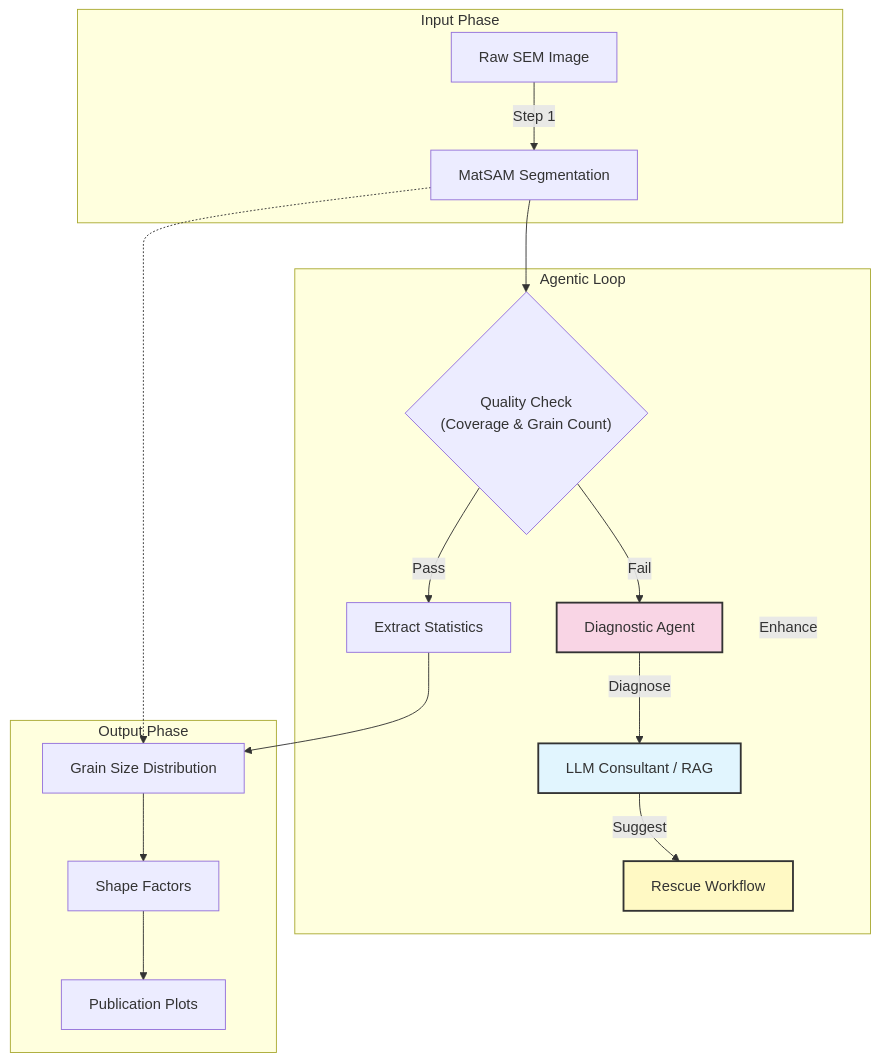
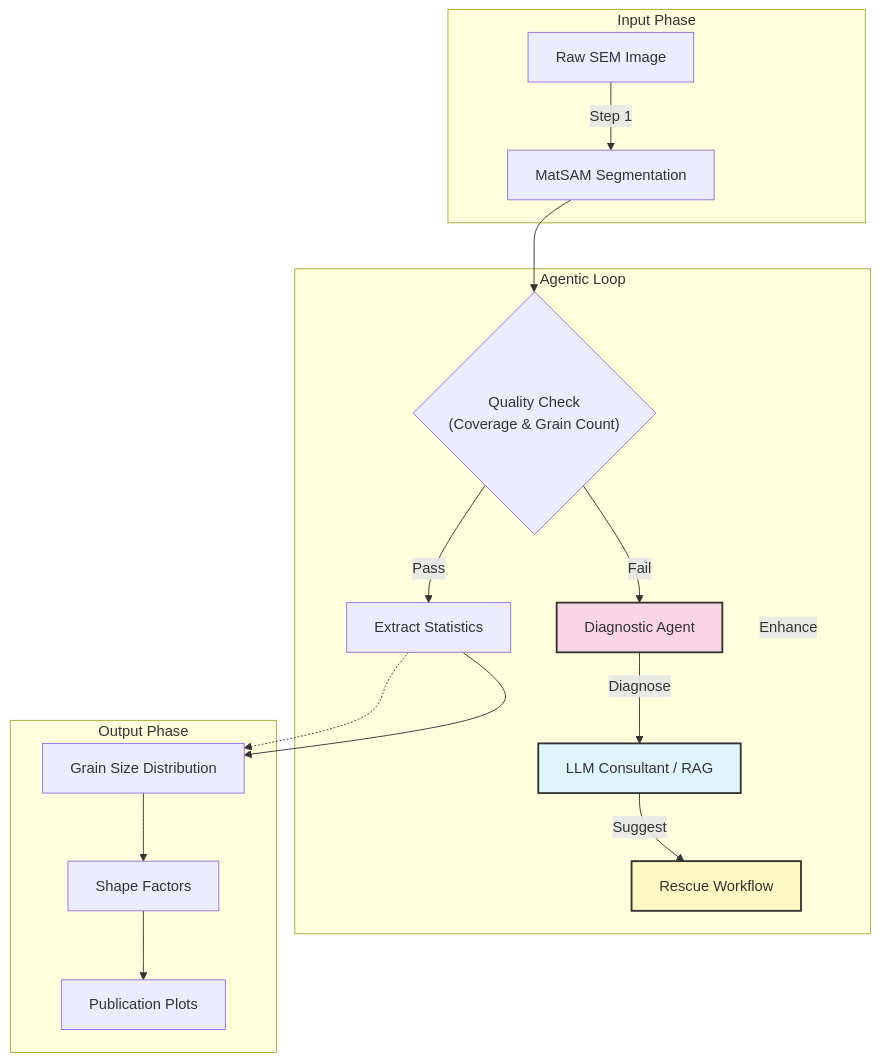
Before and after one commit to AliBaghizadeh/sem-image--agent-segmentation: the diagram in README.md, drawn with Mermaid.

Commit message:
change mermaid graph

````diff
--- a/README.md
+++ b/README.md
@@ -102,29 +102,32 @@
 ```mermaid
 graph TD
     subgraph "Input Phase"
     A[Raw SEM Image] -->|Step 1| B[MatSAM Segmentation]
     end
 
     subgraph "Agentic Loop"
     B --> C{"Quality Check<br/>(Coverage & Grain Count)"}
     C -->|Pass| D[Extract Statistics]
     C -->|Fail| E[Diagnostic Agent]
     E -->|Diagnose| F[LLM Consultant / RAG]
     F -->|Suggest| G[Rescue Workflow]
     G -->|Enhance| B
     end
 
-    %% Invisible alignment helper
-    B -.-> H
+    %% Invisible vertical alignment helper (correct anchor)
+    D -.-> H
     linkStyle 6 opacity:0
 
     subgraph "Output Phase"
-    D --> H[Grain Size Distribution]
+    H[Grain Size Distribution]
     H --> I[Shape Factors]
     I --> J[Publication Plots]
     end
+
+    %% Real connection
+    D --> H
     
     style E fill:#f9d5e5,stroke:#333,stroke-width:2px
     style F fill:#e1f5fe,stroke:#333,stroke-width:2px
     style G fill:#fff9c4,stroke:#333,stroke-width:2px
 ```
````
